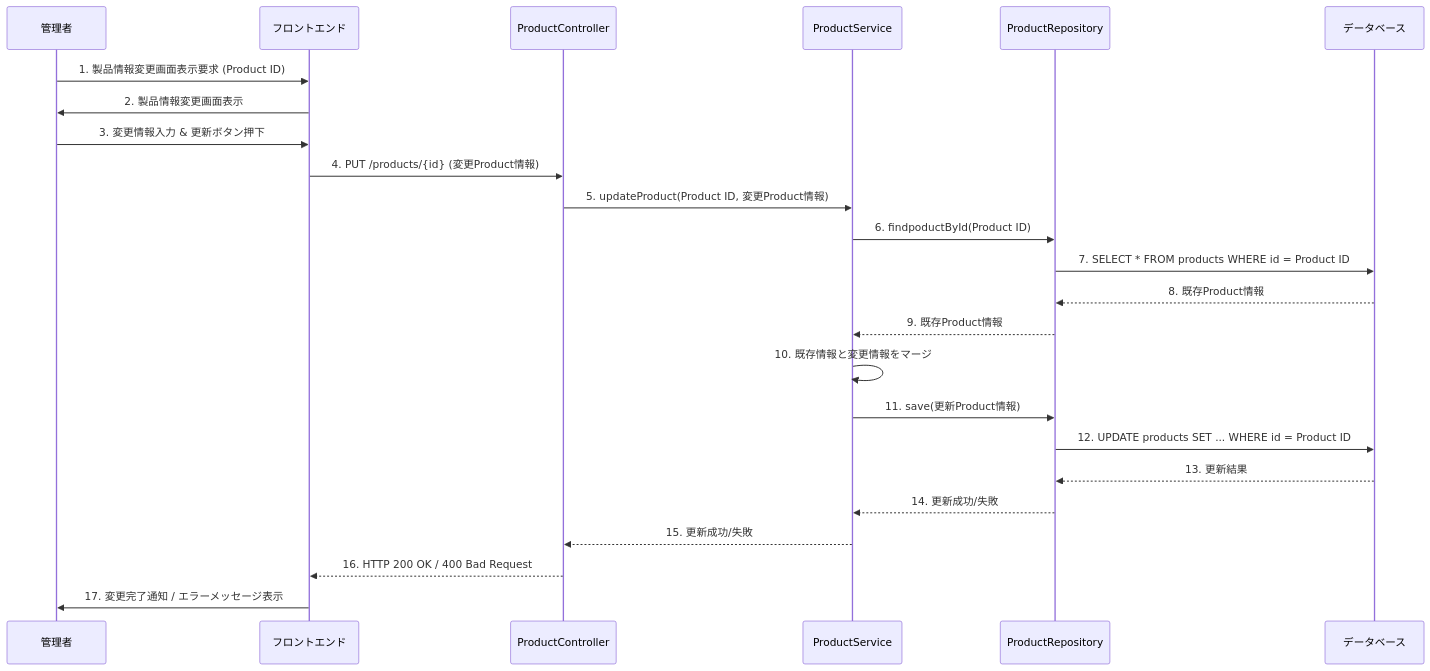
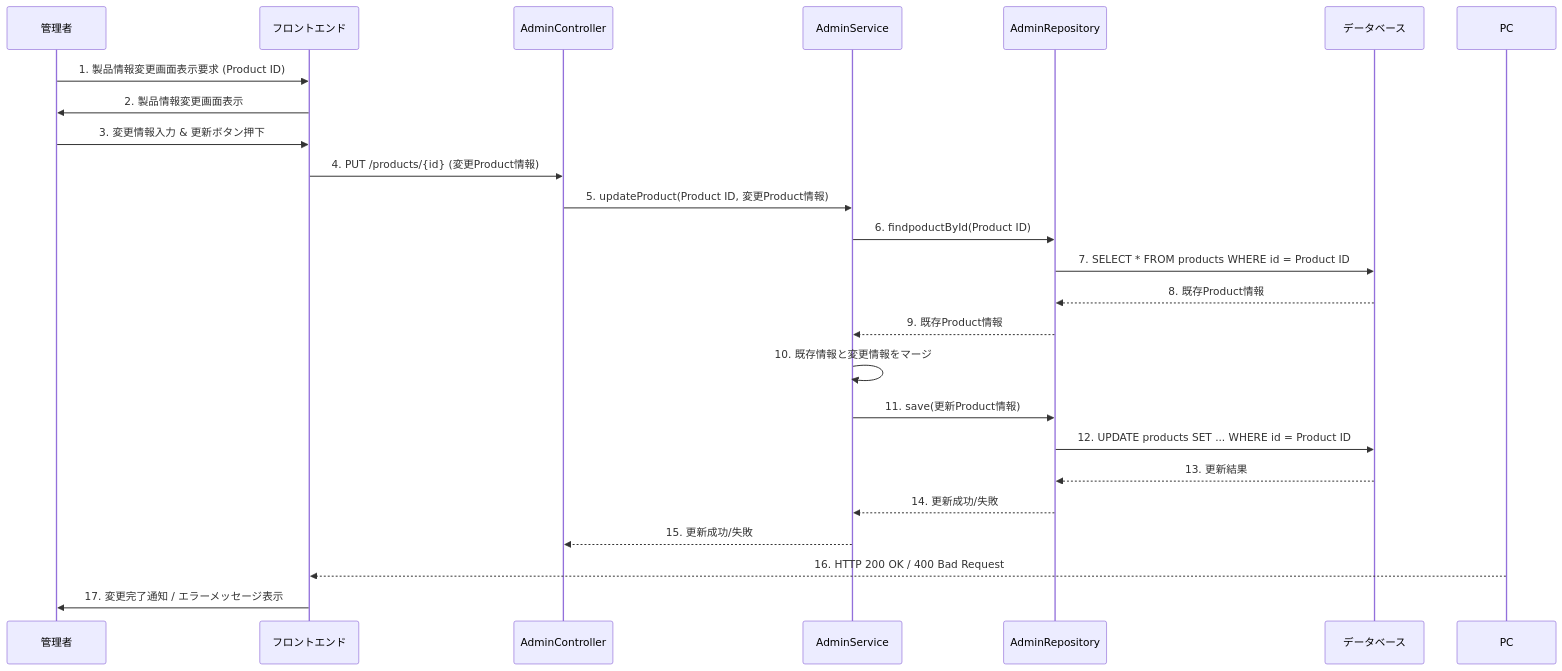
One commit to Hinako-Kimura127/neko changed the ninth of 13 diagrams in 詳細設計/詳細設計.md. Above: the diagram before and after it, drawn with Mermaid. The commit also changed other lines of this file, not shown here.

````diff
--- a/詳細設計/詳細設計.md
+++ b/詳細設計/詳細設計.md
@@ -365,27 +365,27 @@
 ```mermaid
 sequenceDiagram
     participant Admin as 管理者
     participant FE as フロントエンド
-    participant PC as ProductController
-    participant PS as ProductService
-    participant PR as ProductRepository
+    participant AC as AdminController
+    participant AS as AdminService
+    participant AR as AdminRepository
     participant DB as データベース
  
     Admin->>FE: 1. 製品情報変更画面表示要求 (Product ID)
     FE->>Admin: 2. 製品情報変更画面表示
     Admin->>FE: 3. 変更情報入力 & 更新ボタン押下
-    FE->>PC: 4.  PUT /products/{id} (変更Product情報)
-    PC->>PS: 5. updateProduct(Product ID, 変更Product情報)
-    PS->>PR: 6. findpoductById(Product ID)
-    PR->>DB: 7. SELECT * FROM products WHERE id = Product ID
-    DB-->>PR: 8. 既存Product情報
-    PR-->>PS: 9. 既存Product情報
-    PS->>PS: 10. 既存情報と変更情報をマージ
-    PS->>PR: 11. save(更新Product情報)
-    PR->>DB: 12. UPDATE products SET ... WHERE id = Product ID
-    DB-->>PR: 13. 更新結果
-    PR-->>PS: 14. 更新成功/失敗
-    PS-->>PC: 15. 更新成功/失敗
+    FE->>AC: 4.  PUT /products/{id} (変更Product情報)
+    AC->>AS: 5. updateProduct(Product ID, 変更Product情報)
+    AS->>AR: 6. findpoductById(Product ID)
+    AR->>DB: 7. SELECT * FROM products WHERE id = Product ID
+    DB-->>AR: 8. 既存Product情報
+    AR-->>AS: 9. 既存Product情報
+    AS->>AS: 10. 既存情報と変更情報をマージ
+    AS->>AR: 11. save(更新Product情報)
+    AR->>DB: 12. UPDATE products SET ... WHERE id = Product ID
+    DB-->>AR: 13. 更新結果
+    AR-->>AS: 14. 更新成功/失敗
+    AS-->>AC: 15. 更新成功/失敗
     PC-->>FE: 16. HTTP 200 OK / 400 Bad Request
     FE->>Admin: 17. 変更完了通知 / エラーメッセージ表示
 ```
````
